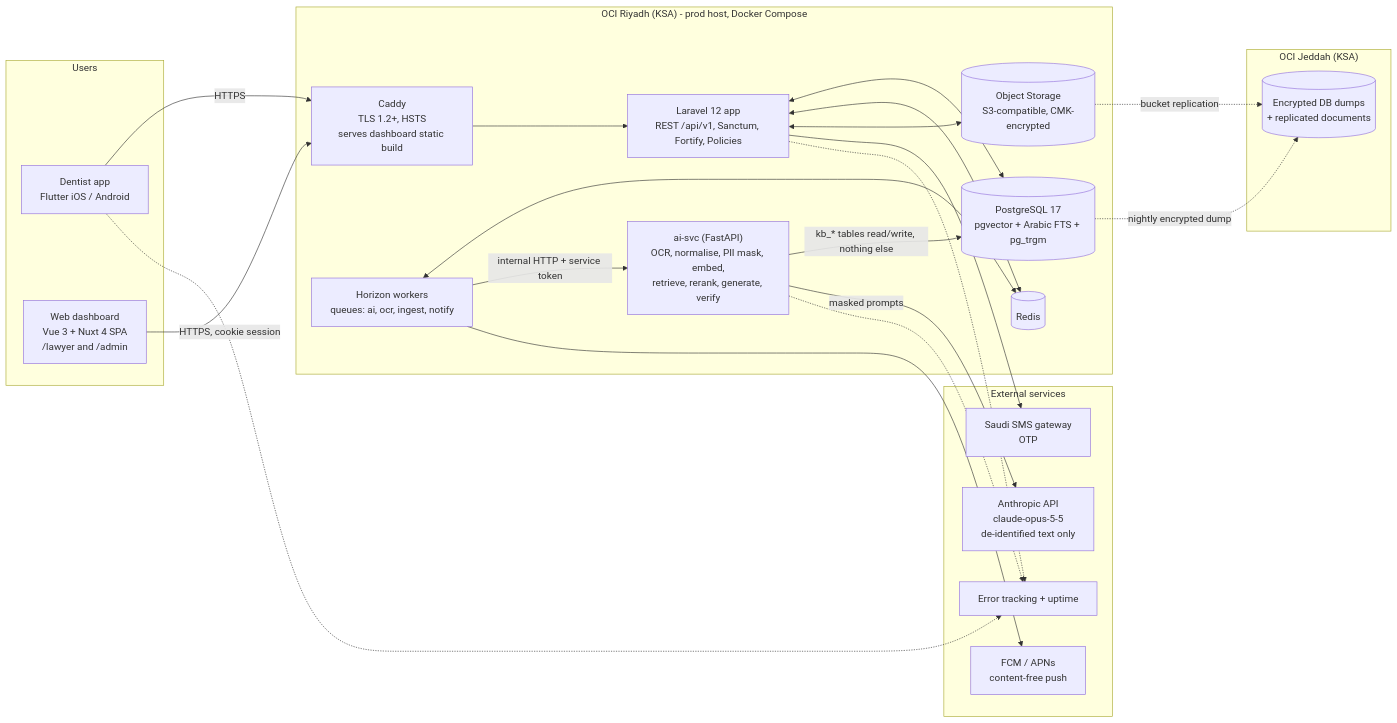
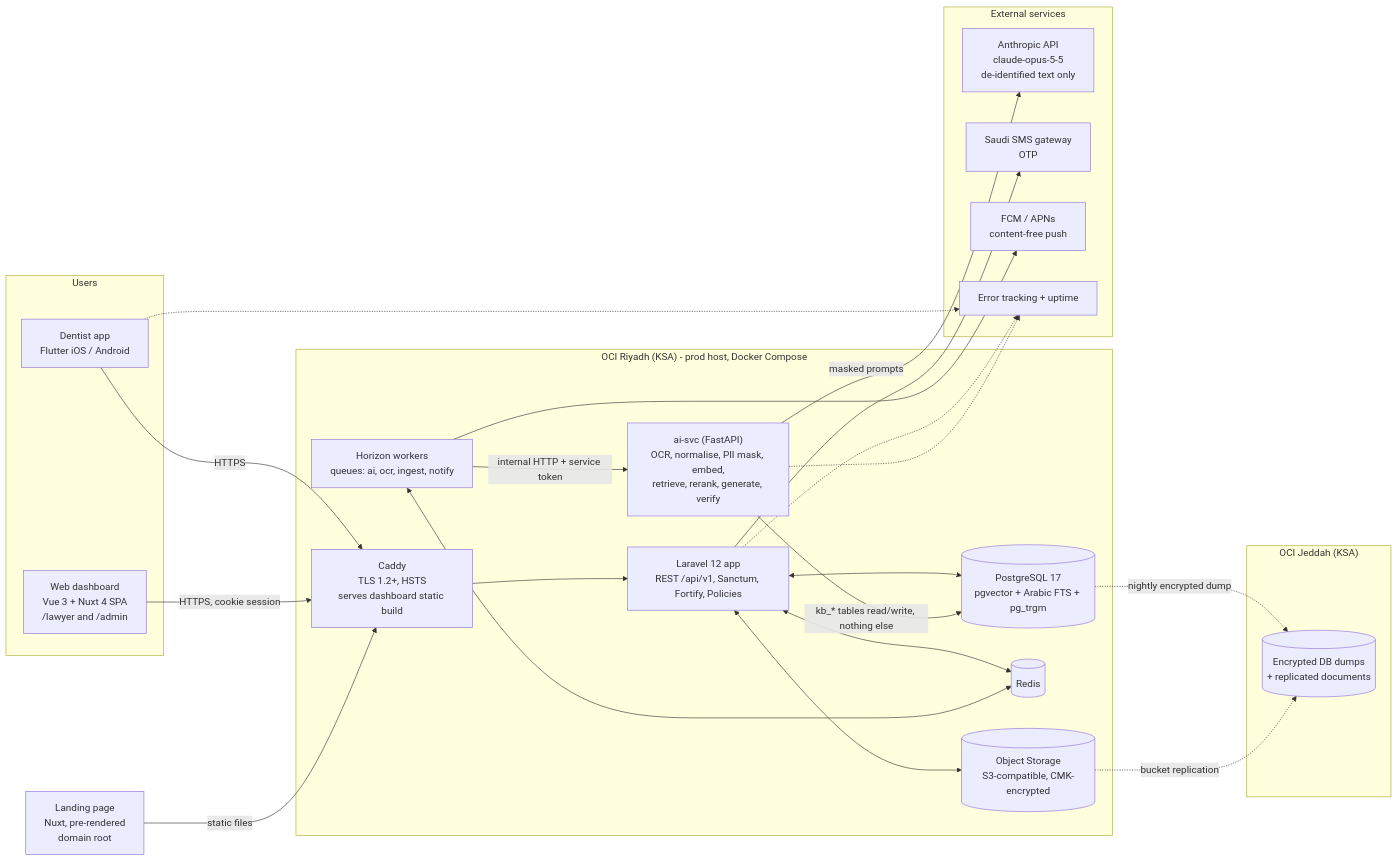
Before and after one commit to abdo-shrief270/DentLegal: the first of 4 diagrams in PROJECT1_PLAN.md, drawn with Mermaid. The commit also changed other lines of this file, not shown here.

First line of the commit message:
Plan v0.3: confirm PrimeVue, add Nuxt marketing landing page

````diff
--- a/PROJECT1_PLAN.md
+++ b/PROJECT1_PLAN.md
@@ -129,42 +131,44 @@
 ```mermaid
 flowchart LR
   subgraph Users
     D["Dentist app<br/>Flutter iOS / Android"]
     WD["Web dashboard<br/>Vue 3 + Nuxt 4 SPA<br/>/lawyer and /admin"]
   end
   subgraph KSA1["OCI Riyadh (KSA) - prod host, Docker Compose"]
     CD["Caddy<br/>TLS 1.2+, HSTS<br/>serves dashboard static build"]
     LA["Laravel 12 app<br/>REST /api/v1, Sanctum, Fortify, Policies"]
     HZ["Horizon workers<br/>queues: ai, ocr, ingest, notify"]
     AI["ai-svc (FastAPI)<br/>OCR, normalise, PII mask, embed,<br/>retrieve, rerank, generate, verify"]
     PG[("PostgreSQL 17<br/>pgvector + Arabic FTS + pg_trgm")]
     RD[("Redis")]
     OS[("Object Storage<br/>S3-compatible, CMK-encrypted")]
   end
   subgraph KSA2["OCI Jeddah (KSA)"]
     BK[("Encrypted DB dumps<br/>+ replicated documents")]
   end
   subgraph EXT["External services"]
     ANT["Anthropic API<br/>claude-opus-5-5<br/>de-identified text only"]
     SMS["Saudi SMS gateway<br/>OTP"]
     FCM["FCM / APNs<br/>content-free push"]
     MON["Error tracking + uptime"]
   end
   D -- HTTPS --> CD
+  LP["Landing page<br/>Nuxt, pre-rendered<br/>domain root"]
   WD -- "HTTPS, cookie session" --> CD
+  LP -- "static files" --> CD
   CD --> LA
   LA <--> PG
   LA <--> RD
   LA <--> OS
   HZ <--> RD
   HZ -- "internal HTTP + service token" --> AI
   AI -- "kb_* tables read/write, nothing else" --> PG
   AI -- "masked prompts" --> ANT
   LA --> SMS
   HZ --> FCM
   PG -. "nightly encrypted dump" .-> BK
   OS -. "bucket replication" .-> BK
   LA -.-> MON
   AI -.-> MON
   D -.-> MON
 ```
````
